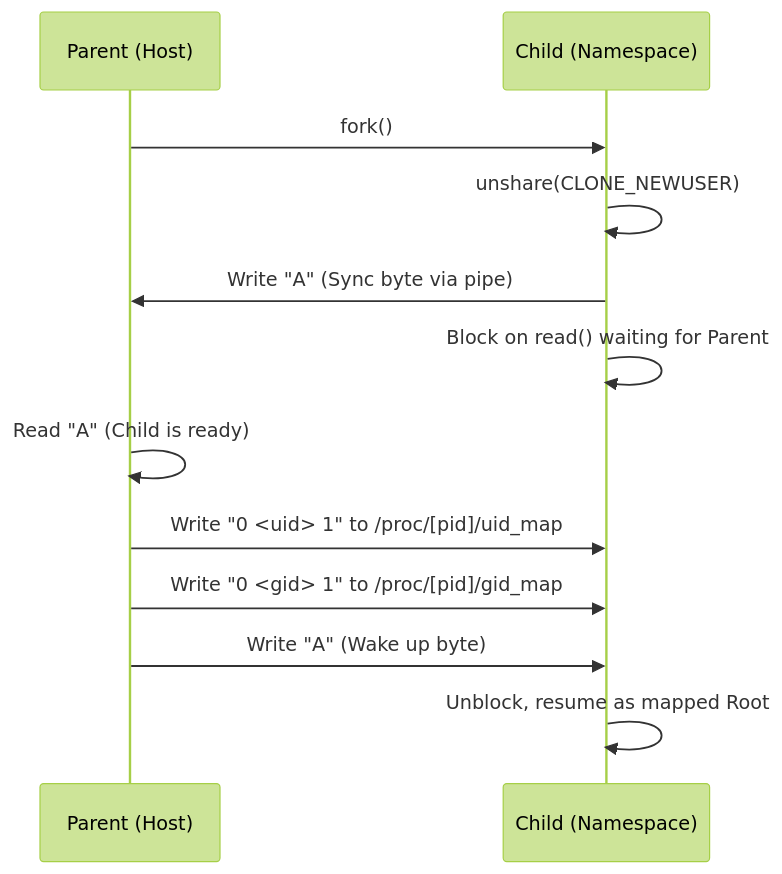
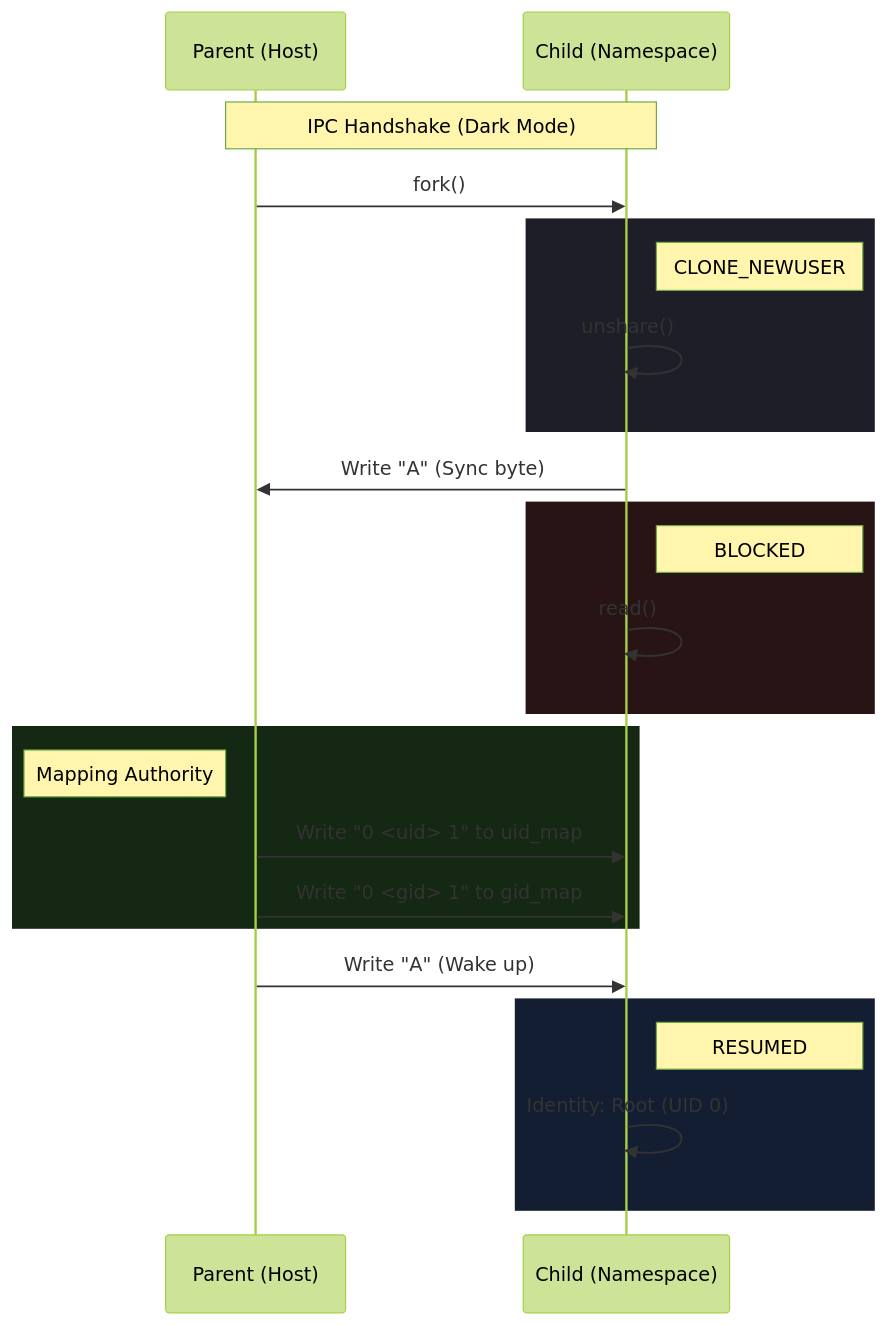
One commit to samwasted/shell-cpp changed the second of 3 diagrams in README.md. Above: the diagram before and after it, drawn with Mermaid (forest theme).

````diff
--- a/README.md
+++ b/README.md
@@ -336,15 +336,33 @@
 ```mermaid
 sequenceDiagram
     participant Parent as Parent (Host)
     participant Child as Child (Namespace)
     
+    Note over Parent, Child: IPC Handshake (Dark Mode)
+    
     Parent->>Child: fork()
-    Child->>Child: unshare(CLONE_NEWUSER)
-    Child->>Parent: Write "A" (Sync byte via pipe)
-    Child->>Child: Block on read() waiting for Parent
-    Parent->>Parent: Read "A" (Child is ready)
-    Parent->>Child: Write "0 <uid> 1" to /proc/[pid]/uid_map
-    Parent->>Child: Write "0 <gid> 1" to /proc/[pid]/gid_map
-    Parent->>Child: Write "A" (Wake up byte)
-    Child->>Child: Unblock, resume as mapped Root
+    rect rgb(30, 30, 40)
+    Note right of Child: CLONE_NEWUSER
+    Child->>Child: unshare()
+    end
+    
+    Child->>Parent: Write "A" (Sync byte)
+    
+    rect rgb(40, 20, 20)
+    Note right of Child: BLOCKED
+    Child->>Child: read()
+    end
+
+    rect rgb(20, 40, 20)
+    Note left of Parent: Mapping Authority
+    Parent->>Child: Write "0 <uid> 1" to uid_map
+    Parent->>Child: Write "0 <gid> 1" to gid_map
+    end
+
+    Parent->>Child: Write "A" (Wake up)
+    
+    rect rgb(20, 30, 50)
+    Note right of Child: RESUMED
+    Child->>Child: Identity: Root (UID 0)
+    end
 ```
````
